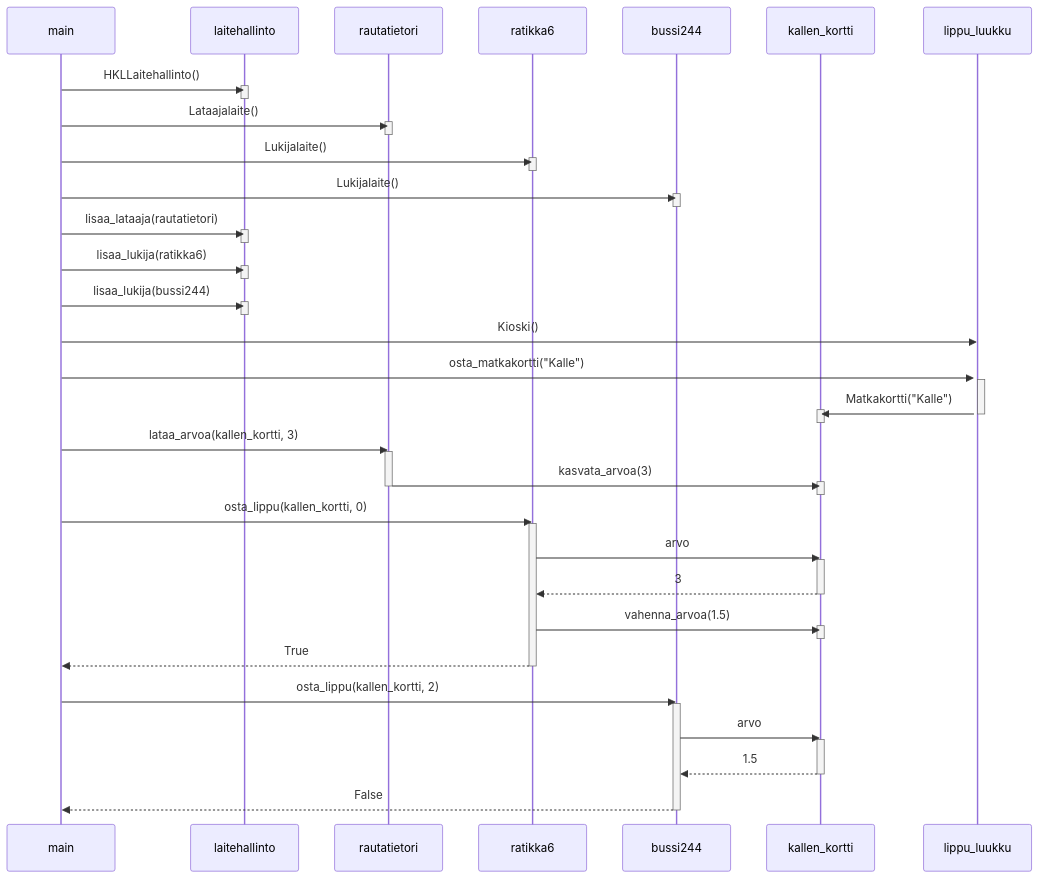
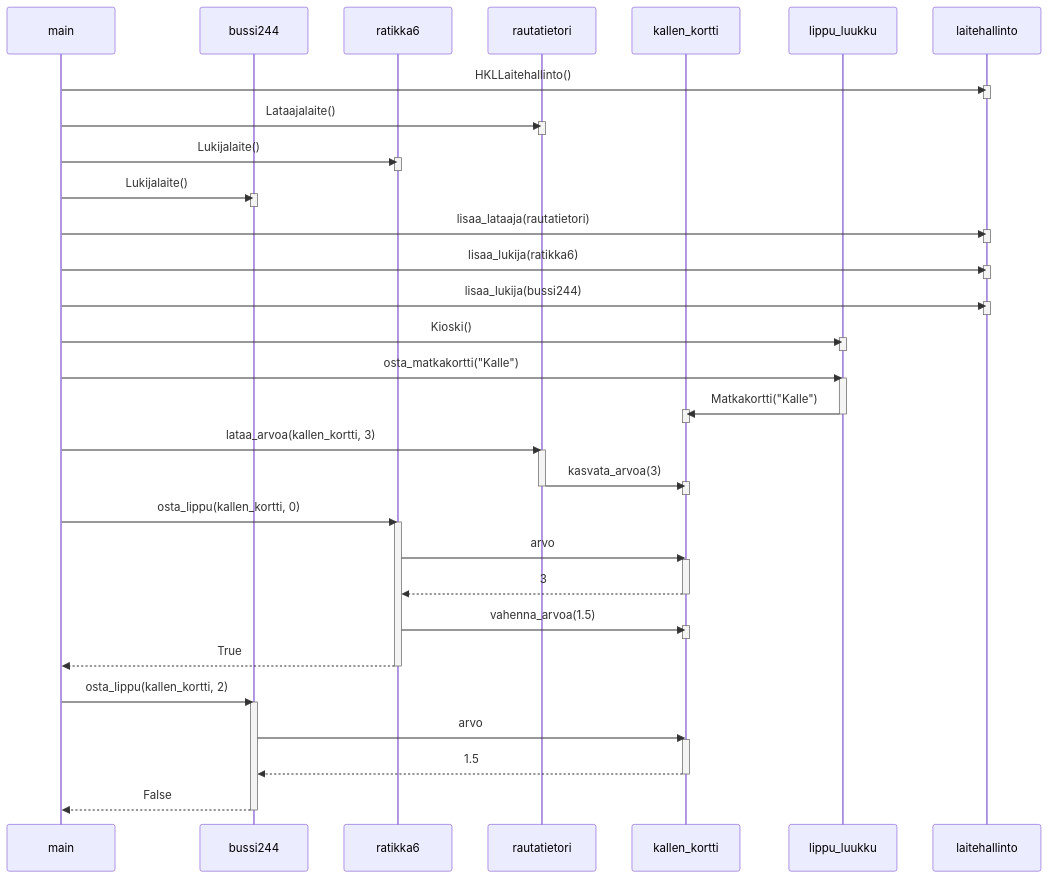
One commit to Peikkohi/ot-harjoitustyo changed the diagram in laskarit/viikko3/hsl-sekvenssikaavio.md. Above: the diagram before and after it, drawn with Mermaid.

Commit message:
Fix HSL sequence diagram

````diff
--- a/laskarit/viikko3/hsl-sekvenssikaavio.md
+++ b/laskarit/viikko3/hsl-sekvenssikaavio.md
@@ -1,65 +1,66 @@
 ```mermaid
 sequenceDiagram
 	participant Main as main
-	participant Laitehallinto as laitehallinto
+	participant Bussi as bussi244
+	participant Ratikka as ratikka6
 	participant Rautatietori as rautatietori
-	participant Ratikka as ratikka6
-	participant Bussi as bussi244
 	participant Kortti as kallen_kortti
 	participant Luukku as lippu_luukku
+	participant Laitehallinto as laitehallinto
 
 	Main->>Laitehallinto: HKLLaitehallinto()
 	activate Laitehallinto
 	deactivate Laitehallinto
 	Main->>Rautatietori: Lataajalaite()
 	activate Rautatietori
 	deactivate Rautatietori
 	Main->>Ratikka: Lukijalaite()
 	activate Ratikka
 	deactivate Ratikka
 	Main->>Bussi: Lukijalaite()
 	activate Bussi
 	deactivate Bussi
 	Main->>Laitehallinto: lisaa_lataaja(rautatietori)
 	activate Laitehallinto
 	deactivate Laitehallinto
 	Main->>Laitehallinto: lisaa_lukija(ratikka6)
 	activate Laitehallinto
 	deactivate Laitehallinto
 	Main->>Laitehallinto: lisaa_lukija(bussi244)
 	activate Laitehallinto
 	deactivate Laitehallinto
 	Main->>Luukku: Kioski()
 	activate Luukku
+	deactivate Luukku
 	Main->>Luukku: osta_matkakortti("Kalle")
 	activate Luukku
 	Luukku->>Kortti: Matkakortti("Kalle")
 	activate Kortti
 	deactivate Kortti
 	deactivate Luukku
 	Main->>Rautatietori: lataa_arvoa(kallen_kortti, 3)
 	activate Rautatietori
 	Rautatietori->>Kortti: kasvata_arvoa(3)
 	activate Kortti
 	deactivate Kortti
 	deactivate Rautatietori
 	Main->>Ratikka: osta_lippu(kallen_kortti, 0)
 	activate Ratikka
 	Ratikka->>Kortti: arvo
 	activate Kortti
 	Kortti-->>Ratikka: 3
 	deactivate Kortti
 	Ratikka->>Kortti: vahenna_arvoa(1.5)
 	activate Kortti
 	deactivate Kortti
 	Ratikka-->>Main: True
 	deactivate Ratikka
 	Main->>Bussi: osta_lippu(kallen_kortti, 2)
 	activate Bussi
 	Bussi->>Kortti: arvo
 	activate Kortti
 	Kortti-->>Bussi: 1.5
 	deactivate Kortti
 	Bussi-->>Main: False
 	deactivate Bussi
 ```
````
